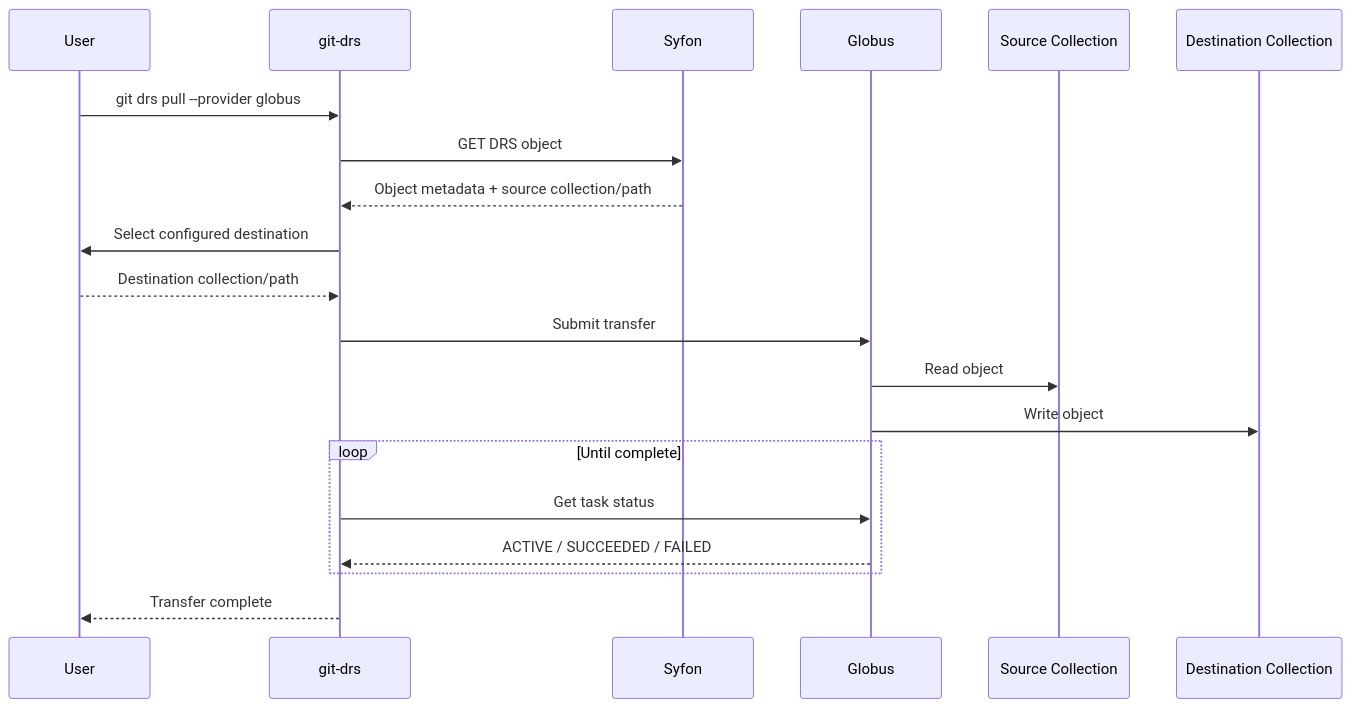
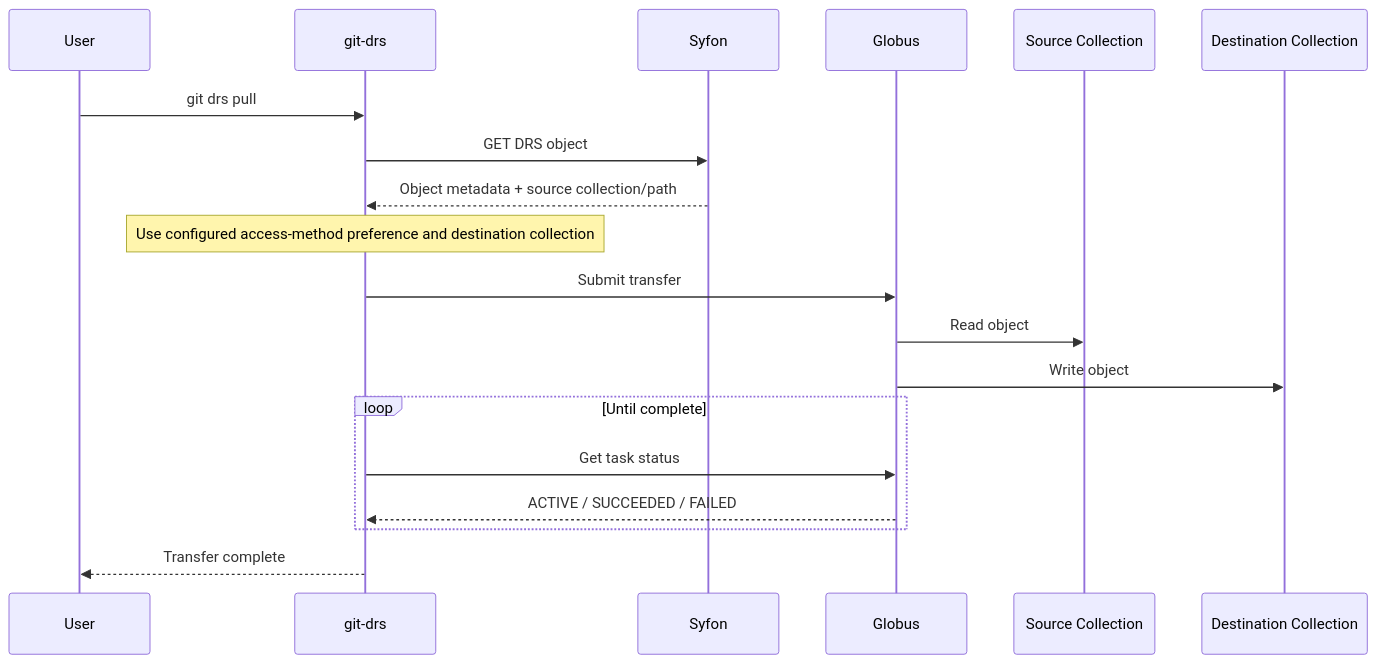
Before and after one commit to calypr/git-drs: the fifth of 5 diagrams in docs/globus-notes-high-level.md, drawn with Mermaid. The commit also changed 3 other files, not shown here.

````diff
--- a/docs/globus-notes-high-level.md
+++ b/docs/globus-notes-high-level.md
@@ -350,27 +350,26 @@
 ```mermaid
 sequenceDiagram
     participant User
     participant GitDRS as git-drs
     participant Syfon
     participant Globus
     participant Source as Source Collection
     participant Destination as Destination Collection
 
-    User->>GitDRS: git drs pull --provider globus
+    User->>GitDRS: git drs pull
     GitDRS->>Syfon: GET DRS object
     Syfon-->>GitDRS: Object metadata + source collection/path
 
-    GitDRS->>User: Select configured destination
-    User-->>GitDRS: Destination collection/path
+    Note over GitDRS: Use configured access-method preference and destination collection
 
     GitDRS->>Globus: Submit transfer
     Globus->>Source: Read object
     Globus->>Destination: Write object
 
     loop Until complete
         GitDRS->>Globus: Get task status
         Globus-->>GitDRS: ACTIVE / SUCCEEDED / FAILED
     end
 
     GitDRS-->>User: Transfer complete
 ```
````
